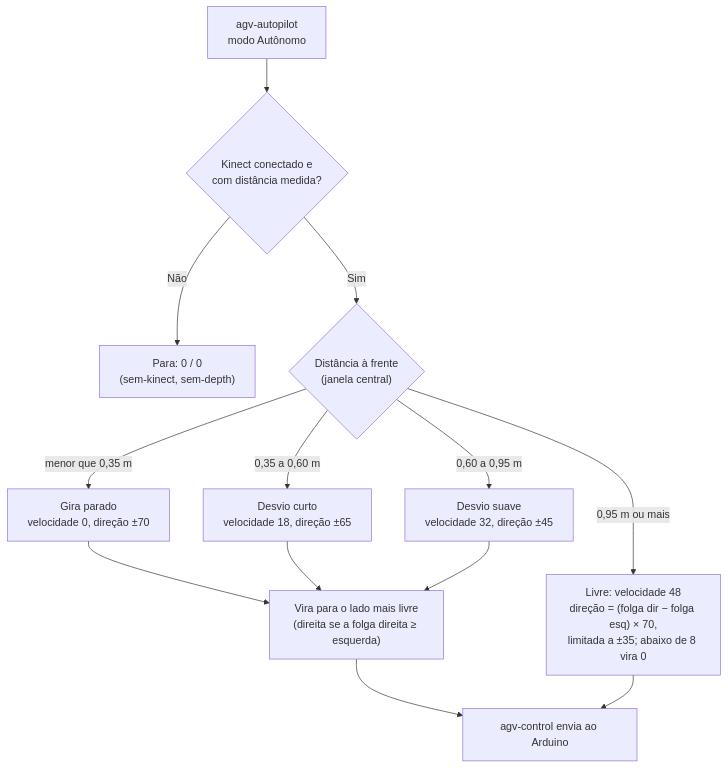
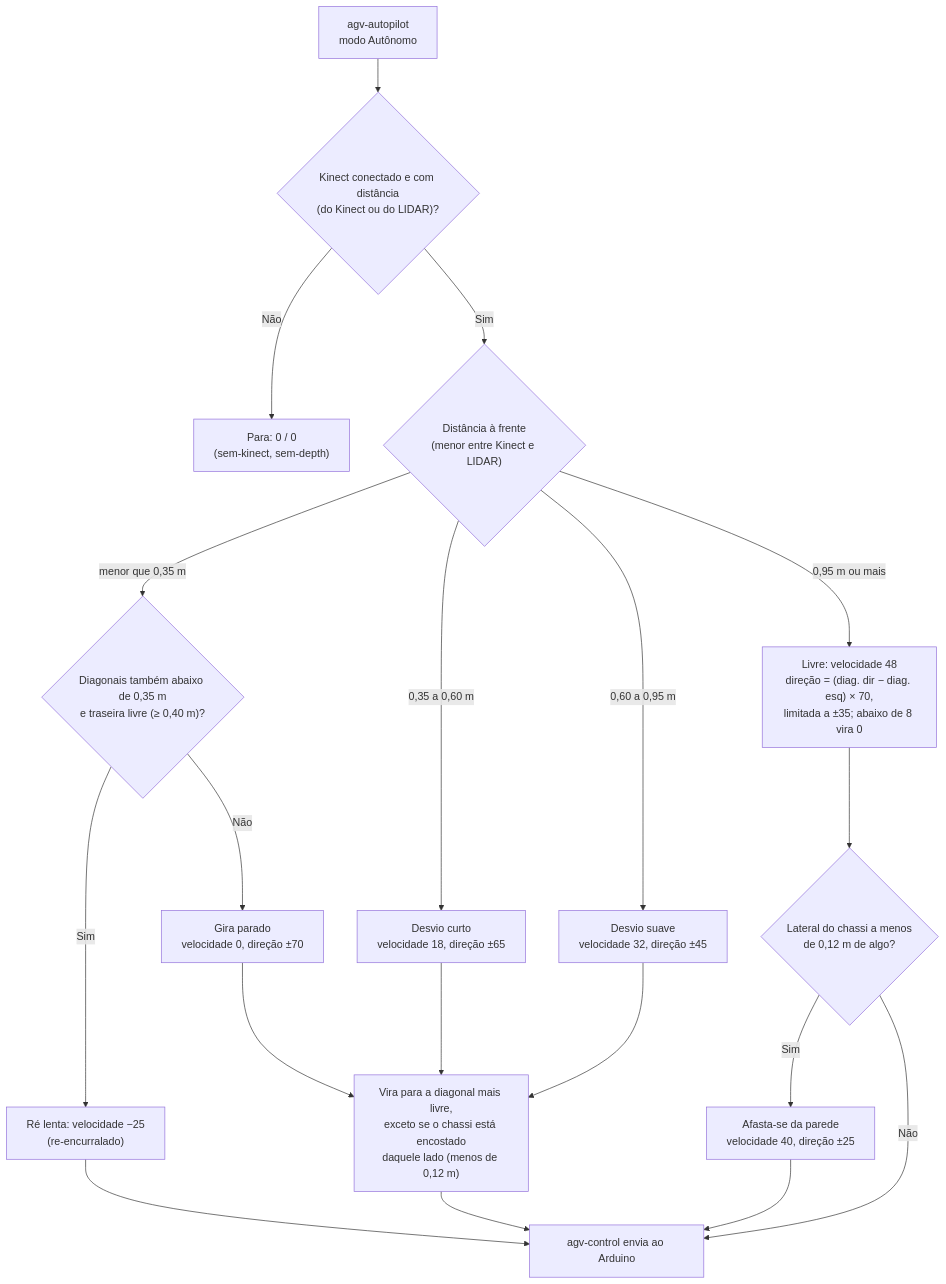
One commit to Kauan-V-Marques/AGV changed the tenth of 22 diagrams in README.md. Above: the diagram before and after it, drawn with Mermaid. The commit also changed other lines of this file and 1 other file, not shown here.

First line of the commit message:
docs: README e CHANGELOG do RPLIDAR, da webcam e do ambiente no notebook do AGV

````diff
--- a/README.md
+++ b/README.md
@@ -1027,15 +1075,21 @@
 ```mermaid
 flowchart TD
-    A["agv-autopilot<br/>modo Autônomo"] --> B{"Kinect conectado e<br/>com distância medida?"}
+    A["agv-autopilot<br/>modo Autônomo"] --> B{"Kinect conectado e com distância<br/>(do Kinect ou do LIDAR)?"}
     B -- Não --> B1["Para: 0 / 0<br/>(sem-kinect, sem-depth)"]
-    B -- Sim --> C{"Distância à frente<br/>(janela central)"}
-    C -- "menor que 0,35 m" --> D["Gira parado<br/>velocidade 0, direção ±70"]
+    B -- Sim --> C{"Distância à frente<br/>(menor entre Kinect e LIDAR)"}
+    C -- "menor que 0,35 m" --> R{"Diagonais também abaixo de 0,35 m<br/>e traseira livre (≥ 0,40 m)?"}
+    R -- Sim --> R1["Ré lenta: velocidade −25<br/>(re-encurralado)"]
+    R -- Não --> D["Gira parado<br/>velocidade 0, direção ±70"]
     C -- "0,35 a 0,60 m" --> E["Desvio curto<br/>velocidade 18, direção ±65"]
     C -- "0,60 a 0,95 m" --> F["Desvio suave<br/>velocidade 32, direção ±45"]
-    C -- "0,95 m ou mais" --> G["Livre: velocidade 48<br/>direção = (folga dir − folga esq) × 70,<br/>limitada a ±35; abaixo de 8 vira 0"]
-    D --> H["Vira para o lado mais livre<br/>(direita se a folga direita ≥ esquerda)"]
+    C -- "0,95 m ou mais" --> G["Livre: velocidade 48<br/>direção = (diag. dir − diag. esq) × 70,<br/>limitada a ±35; abaixo de 8 vira 0"]
+    G --> L{"Lateral do chassi a menos<br/>de 0,12 m de algo?"}
+    L -- Sim --> L1["Afasta-se da parede<br/>velocidade 40, direção ±25"]
+    D --> H["Vira para a diagonal mais livre,<br/>exceto se o chassi está encostado<br/>daquele lado (menos de 0,12 m)"]
     E --> H
     F --> H
     H --> I["agv-control envia ao Arduino"]
-    G --> I
+    L -- Não --> I
+    L1 --> I
+    R1 --> I
 ```
````
